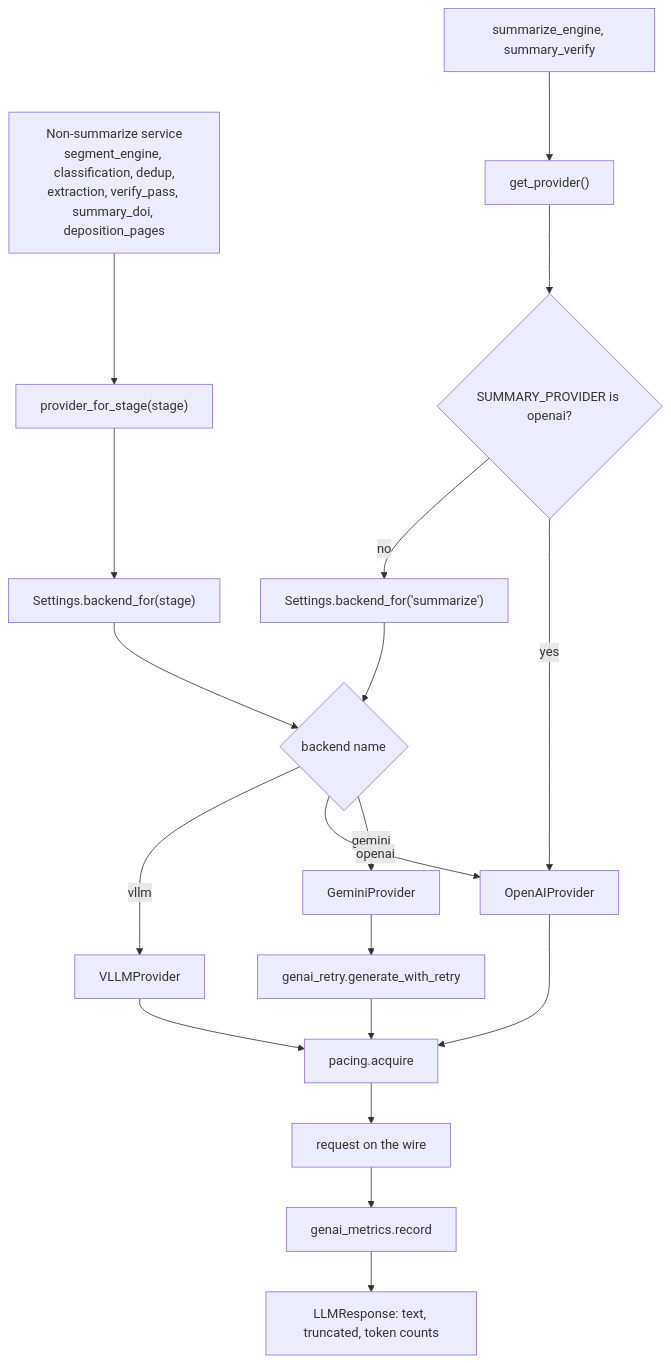
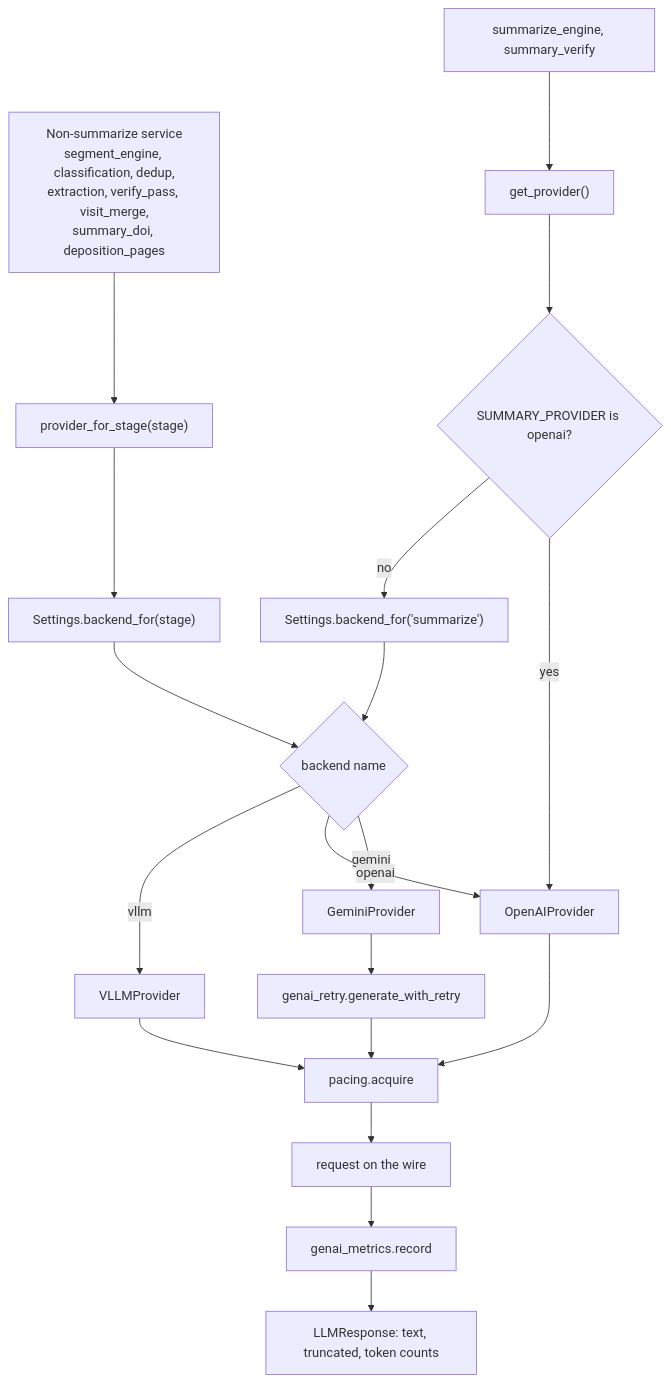
Before and after one commit to gesco-healthcare-support/ai-medical-record-review: the first of 4 diagrams in docs/explanation/model-providers.md, drawn with Mermaid. The commit also changed 15 other files, not shown here.

First line of the commit message:
feat(segmentation): merge a visit's pieces before review, off by default (#640)

````diff
--- a/docs/explanation/model-providers.md
+++ b/docs/explanation/model-providers.md
@@ -42,21 +42,21 @@
 ```mermaid
 flowchart TD
-    SVC["Non-summarize service<br/>segment_engine, classification, dedup,<br/>extraction, verify_pass, summary_doi, deposition_pages"] --> PFS["provider_for_stage(stage)"]
+    SVC["Non-summarize service<br/>segment_engine, classification, dedup,<br/>extraction, verify_pass, visit_merge,<br/>summary_doi, deposition_pages"] --> PFS["provider_for_stage(stage)"]
     SUM["summarize_engine, summary_verify"] --> GP["get_provider()"]
     PFS --> BF["Settings.backend_for(stage)"]
     GP --> SP{"SUMMARY_PROVIDER is openai?"}
     SP -->|yes| OAI["OpenAIProvider"]
     SP -->|no| BFS["Settings.backend_for('summarize')"]
     BF --> PICK{"backend name"}
     BFS --> PICK
     PICK -->|gemini| GEM["GeminiProvider"]
     PICK -->|openai| OAI
     PICK -->|vllm| VL["VLLMProvider"]
     GEM --> GR["genai_retry.generate_with_retry"]
     GR --> PACE["pacing.acquire"]
     OAI --> PACE
     VL --> PACE
     PACE --> WIRE["request on the wire"]
     WIRE --> MET["genai_metrics.record"]
     MET --> RESP["LLMResponse: text, truncated, token counts"]
 ```
````
